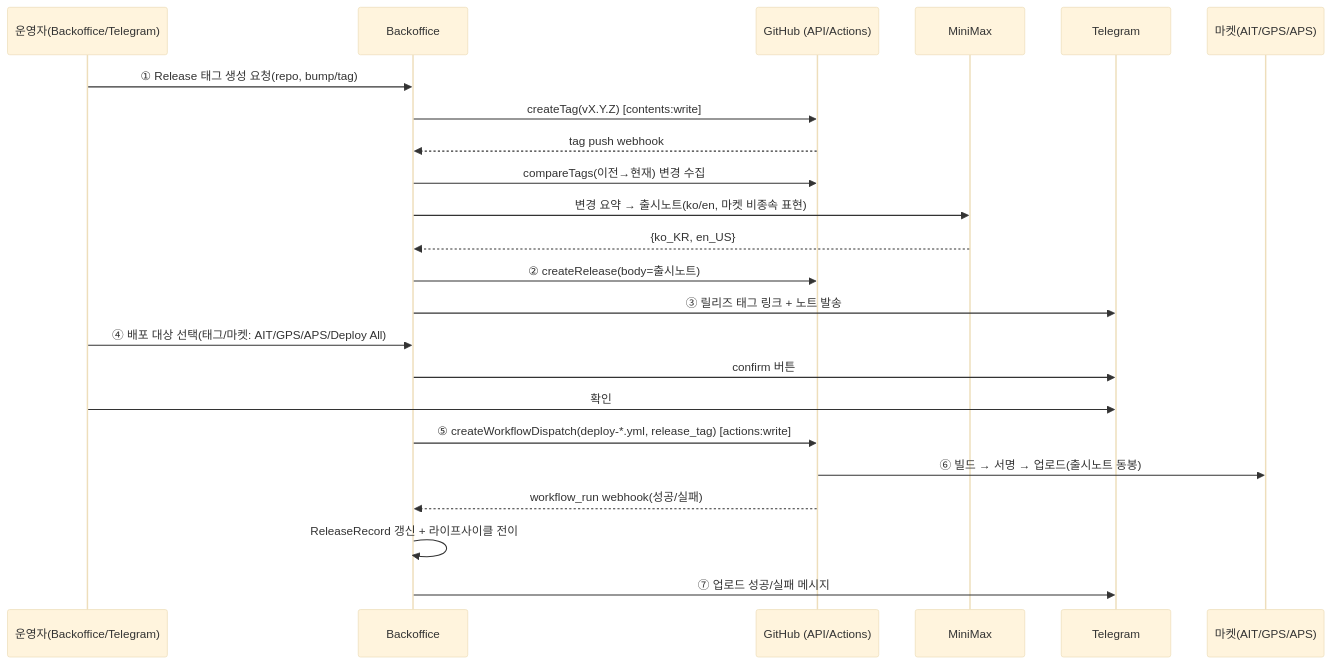
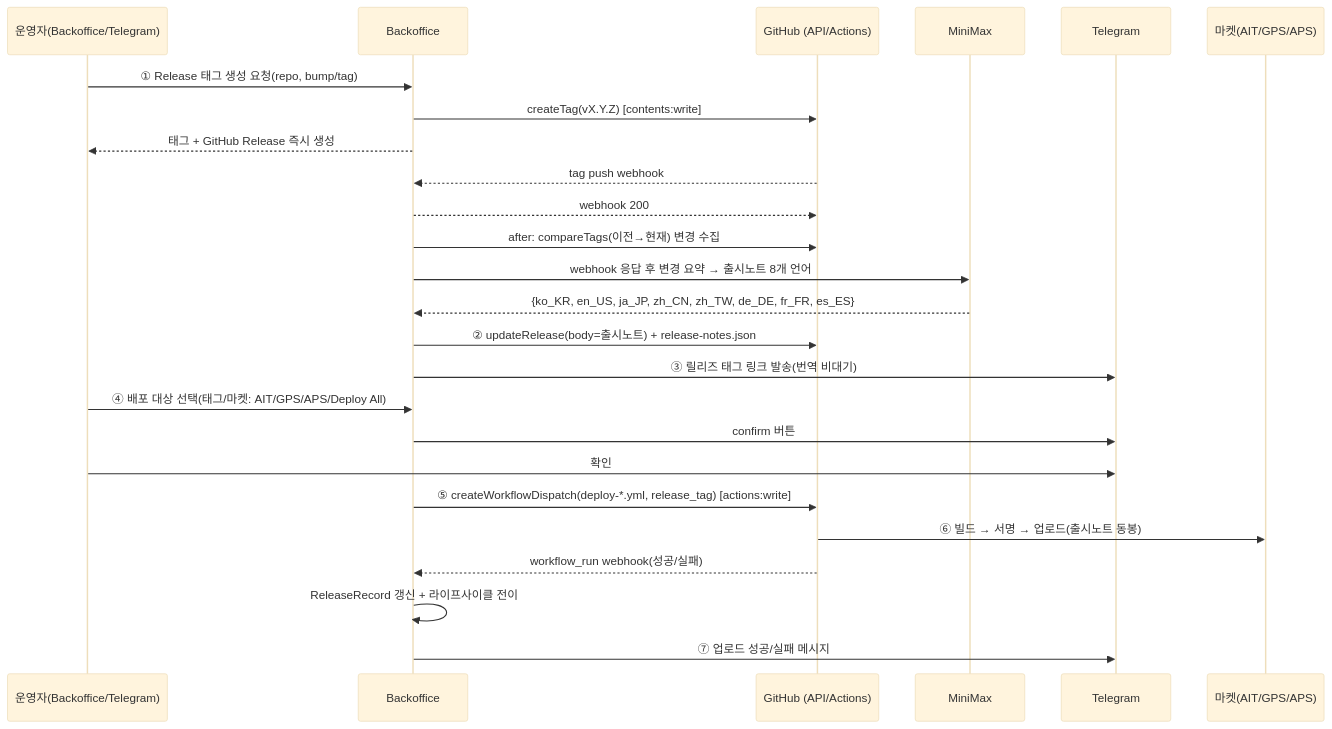
Before and after one commit to seorilabs/seorilabs-backoffice: the second of 3 diagrams in docs/ci-cd/org-cicd-release-system.md, drawn with Mermaid (base theme). The commit also changed other lines of this file and 18 other files, not shown here.

Commit message:
feat(release): 출시노트 8개 언어 및 비동기 생성 (#37)

````diff
--- a/docs/ci-cd/org-cicd-release-system.md
+++ b/docs/ci-cd/org-cicd-release-system.md
@@ -209,26 +209,28 @@
 ```mermaid
 sequenceDiagram
     participant U as 운영자(Backoffice/Telegram)
     participant BO as Backoffice
     participant GH as GitHub (API/Actions)
     participant AI as MiniMax
     participant TG as Telegram
     participant MK as 마켓(AIT/GPS/APS)
 
     U->>BO: ① Release 태그 생성 요청(repo, bump/tag)
     BO->>GH: createTag(vX.Y.Z) [contents:write]
+    BO-->>U: 태그 + GitHub Release 즉시 생성
     GH-->>BO: tag push webhook
-    BO->>GH: compareTags(이전→현재) 변경 수집
-    BO->>AI: 변경 요약 → 출시노트(ko/en, 마켓 비종속 표현)
-    AI-->>BO: {ko_KR, en_US}
-    BO->>GH: ② createRelease(body=출시노트)
-    BO->>TG: ③ 릴리즈 태그 링크 + 노트 발송
+    BO-->>GH: webhook 200
+    BO->>GH: after: compareTags(이전→현재) 변경 수집
+    BO->>AI: webhook 응답 후 변경 요약 → 출시노트 8개 언어
+    AI-->>BO: {ko_KR, en_US, ja_JP, zh_CN, zh_TW, de_DE, fr_FR, es_ES}
+    BO->>GH: ② updateRelease(body=출시노트) + release-notes.json
+    BO->>TG: ③ 릴리즈 태그 링크 발송(번역 비대기)
     U->>BO: ④ 배포 대상 선택(태그/마켓: AIT/GPS/APS/Deploy All)
     BO->>TG: confirm 버튼
     U->>TG: 확인
     BO->>GH: ⑤ createWorkflowDispatch(deploy-*.yml, release_tag) [actions:write]
     GH->>MK: ⑥ 빌드 → 서명 → 업로드(출시노트 동봉)
     GH-->>BO: workflow_run webhook(성공/실패)
     BO->>BO: ReleaseRecord 갱신 + 라이프사이클 전이
     BO->>TG: ⑦ 업로드 성공/실패 메시지
 ```
````
